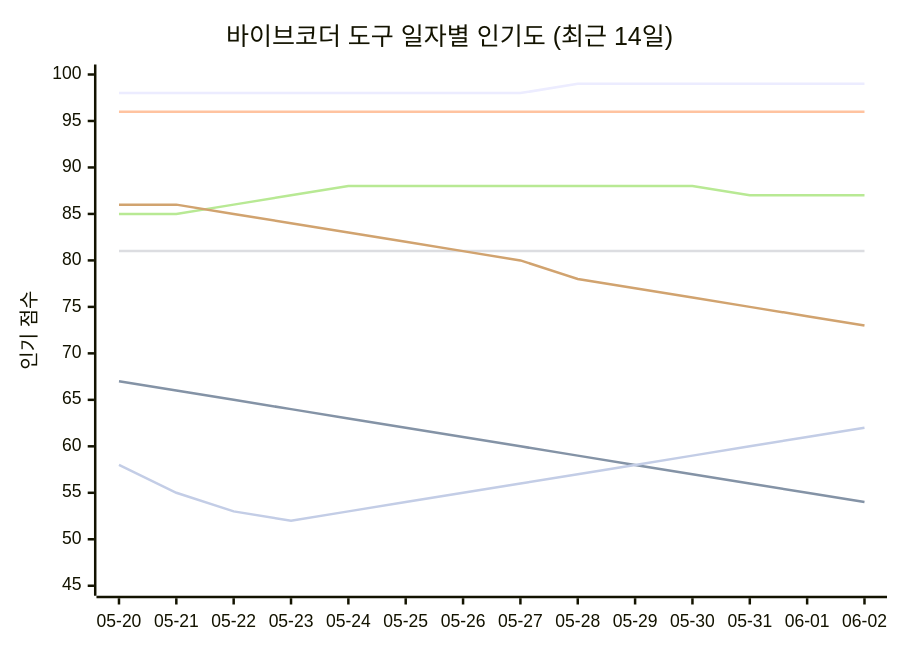
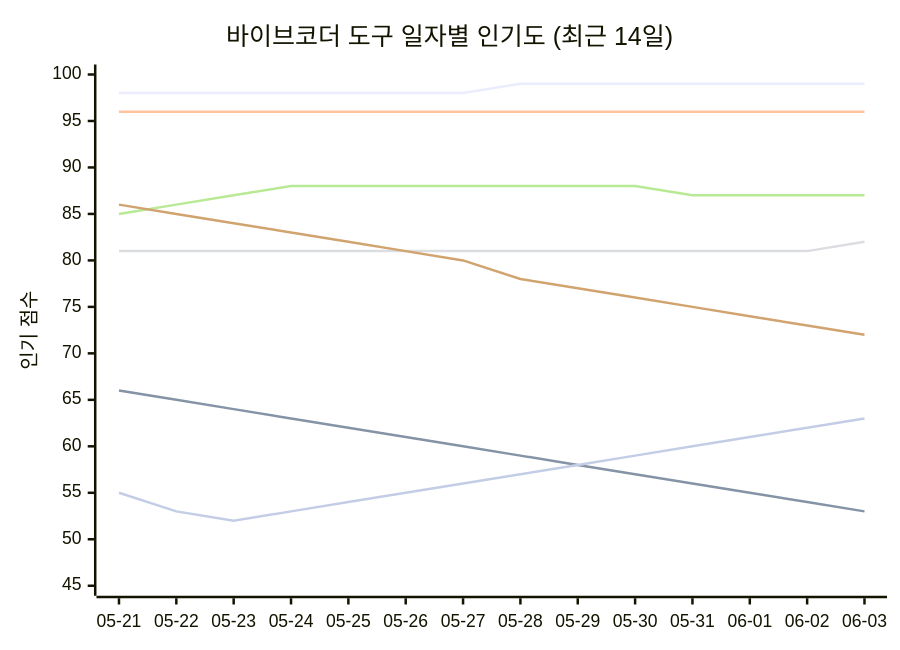
One commit to tykimos/ai-whatchelin changed the seventh of 11 diagrams in README_ko.md. Above: the diagram before and after it, drawn with Mermaid. The commit also changed other lines of this file and 4 other files, not shown here.

````diff
--- a/README_ko.md
+++ b/README_ko.md
@@ -1255,13 +1269,13 @@
 ```mermaid
 xychart-beta
     title "바이브코더 도구 일자별 인기도 (최근 14일)"
-    x-axis ["05-20", "05-21", "05-22", "05-23", "05-24", "05-25", "05-26", "05-27", "05-28", "05-29", "05-30", "05-31", "06-01", "06-02"]
+    x-axis ["05-21", "05-22", "05-23", "05-24", "05-25", "05-26", "05-27", "05-28", "05-29", "05-30", "05-31", "06-01", "06-02", "06-03"]
     y-axis "인기 점수" 45 --> 100
-    line "Claude Code" [98, 98, 98, 98, 98, 98, 98, 98, 99, 99, 99, 99, 99, 99]
-    line "GH Copilot" [67, 66, 65, 64, 63, 62, 61, 60, 59, 58, 57, 56, 55, 54]
+    line "Claude Code" [98, 98, 98, 98, 98, 98, 98, 99, 99, 99, 99, 99, 99, 99]
+    line "GH Copilot" [66, 65, 64, 63, 62, 61, 60, 59, 58, 57, 56, 55, 54, 53]
     line "Cursor" [96, 96, 96, 96, 96, 96, 96, 96, 96, 96, 96, 96, 96, 96]
-    line "Windsurf" [81, 81, 81, 81, 81, 81, 81, 81, 81, 81, 81, 81, 81, 81]
-    line "Codex CLI" [85, 85, 86, 87, 88, 88, 88, 88, 88, 88, 88, 87, 87, 87]
-    line "Gemini CLI" [86, 86, 85, 84, 83, 82, 81, 80, 78, 77, 76, 75, 74, 73]
-    line "Antigravity" [58, 55, 53, 52, 53, 54, 55, 56, 57, 58, 59, 60, 61, 62]
+    line "Windsurf" [81, 81, 81, 81, 81, 81, 81, 81, 81, 81, 81, 81, 81, 82]
+    line "Codex CLI" [85, 86, 87, 88, 88, 88, 88, 88, 88, 88, 87, 87, 87, 87]
+    line "Gemini CLI" [86, 85, 84, 83, 82, 81, 80, 78, 77, 76, 75, 74, 73, 72]
+    line "Antigravity" [55, 53, 52, 53, 54, 55, 56, 57, 58, 59, 60, 61, 62, 63]
 ```
````
